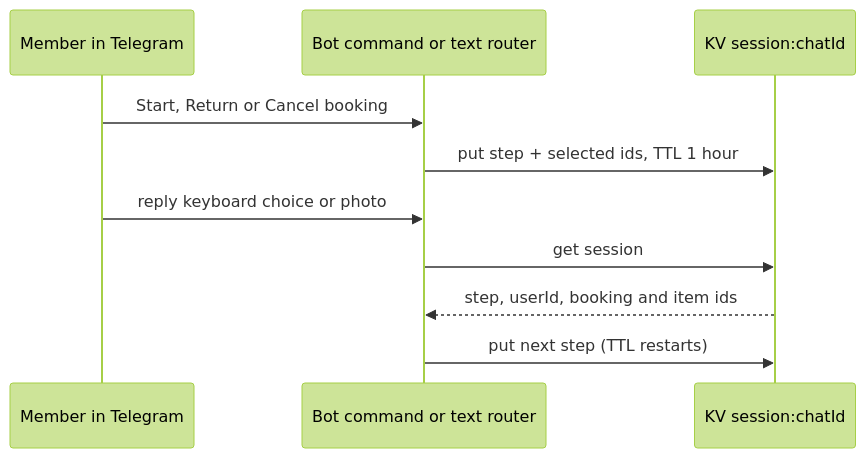
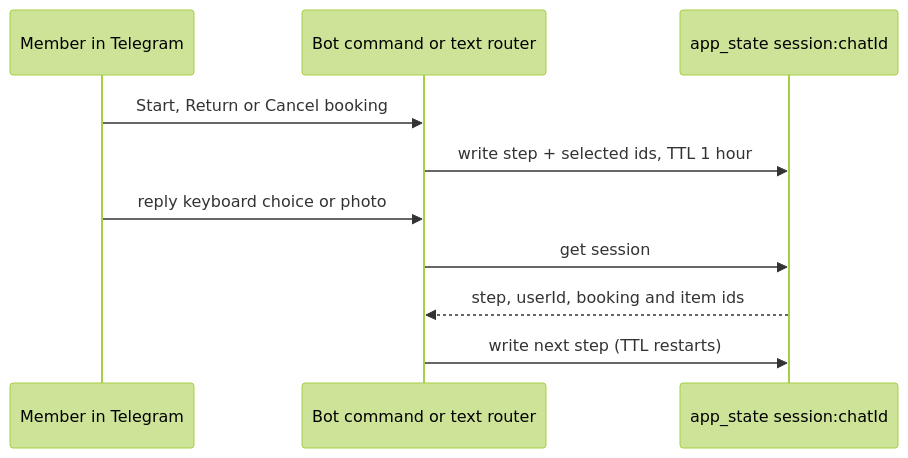
One commit to sagyzdop/meriksirat changed the diagram in docs/scenarios/kv/telegram-session.md. Above: the diagram before and after it, drawn with Mermaid (forest theme). The commit also changed other lines of this file and 32 other files, not shown here.

````diff
--- a/docs/scenarios/kv/telegram-session.md
+++ b/docs/scenarios/kv/telegram-session.md
@@ -7,12 +7,12 @@
 ```mermaid
 sequenceDiagram
     participant U as Member in Telegram
     participant B as Bot command or text router
-    participant K as KV session:chatId
+    participant K as app_state session:chatId
     U->>B: Start, Return or Cancel booking
-    B->>K: put step + selected ids, TTL 1 hour
+    B->>K: write step + selected ids, TTL 1 hour
     U->>B: reply keyboard choice or photo
     B->>K: get session
     K-->>B: step, userId, booking and item ids
-    B->>K: put next step (TTL restarts)
+    B->>K: write next step (TTL restarts)
 ```
````
